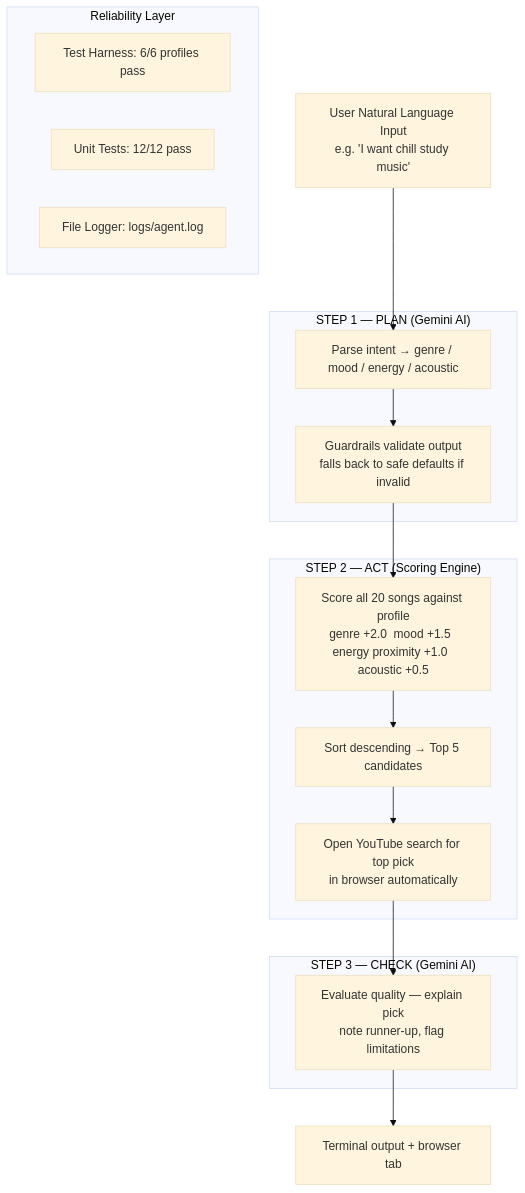
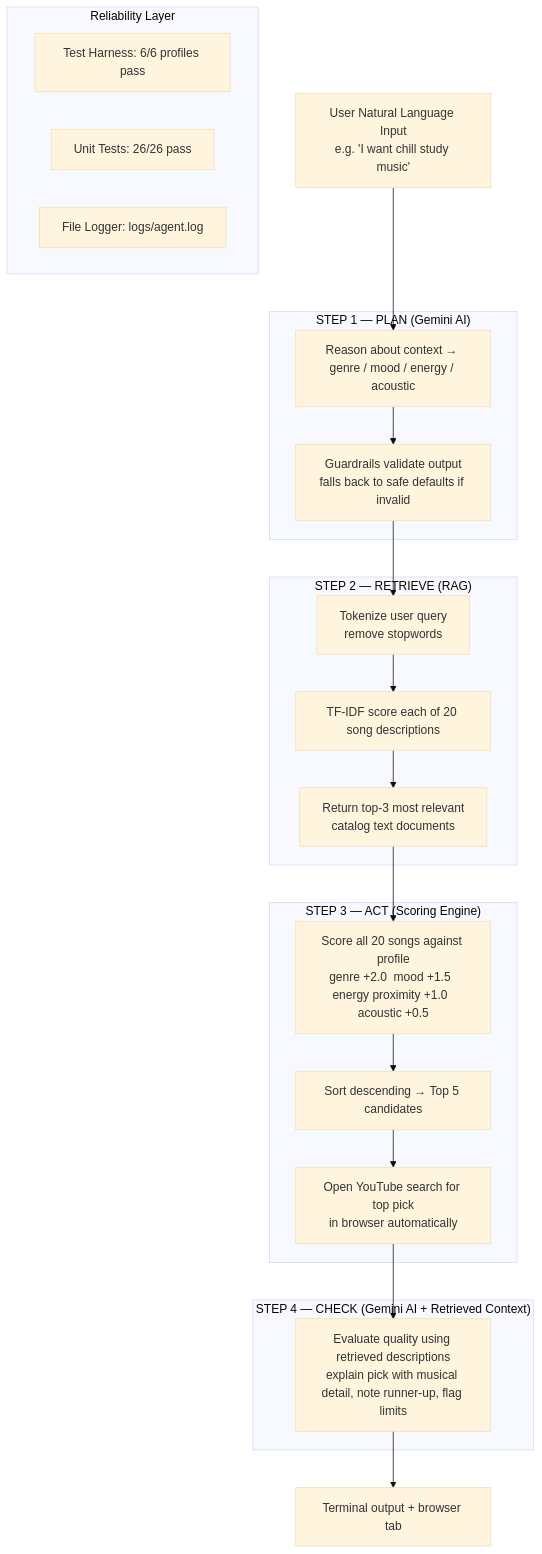
One commit to rhy900/applied-ai-system-project changed the diagram in README.md. Above: the diagram before and after it, drawn with Mermaid (base theme). The commit also changed other lines of this file and 4 other files, not shown here.

````diff
--- a/README.md
+++ b/README.md
@@ -28,29 +29,36 @@
 ```mermaid
 flowchart TD
     A["User Natural Language Input\ne.g. 'I want chill study music'"] --> B
 
     subgraph PLAN ["STEP 1 — PLAN (Gemini AI)"]
-        B["Parse intent → genre / mood / energy / acoustic"] --> C["Guardrails validate output\nfalls back to safe defaults if invalid"]
+        B["Reason about context → genre / mood / energy / acoustic"] --> C["Guardrails validate output\nfalls back to safe defaults if invalid"]
     end
 
     C --> D
 
-    subgraph ACT ["STEP 2 — ACT (Scoring Engine)"]
-        D["Score all 20 songs against profile\ngenre +2.0  mood +1.5  energy proximity +1.0  acoustic +0.5"] --> E["Sort descending → Top 5 candidates"]
-        E --> F["Open YouTube search for top pick\nin browser automatically"]
+    subgraph RETRIEVE ["STEP 2 — RETRIEVE (RAG)"]
+        D["Tokenize user query\nremove stopwords"] --> E["TF-IDF score each of 20 song descriptions"]
+        E --> F["Return top-3 most relevant\ncatalog text documents"]
     end
 
     F --> G
 
-    subgraph CHECK ["STEP 3 — CHECK (Gemini AI)"]
-        G["Evaluate quality — explain pick\nnote runner-up, flag limitations"]
+    subgraph ACT ["STEP 3 — ACT (Scoring Engine)"]
+        G["Score all 20 songs against profile\ngenre +2.0  mood +1.5  energy proximity +1.0  acoustic +0.5"] --> H["Sort descending → Top 5 candidates"]
+        H --> I["Open YouTube search for top pick\nin browser automatically"]
     end
 
-    G --> H["Terminal output + browser tab"]
+    I --> J
+
+    subgraph CHECK ["STEP 4 — CHECK (Gemini AI + Retrieved Context)"]
+        J["Evaluate quality using retrieved descriptions\nexplain pick with musical detail, note runner-up, flag limits"]
+    end
+
+    J --> K["Terminal output + browser tab"]
 
     subgraph RELIABILITY ["Reliability Layer"]
-        I["Test Harness: 6/6 profiles pass"]
-        J["Unit Tests: 12/12 pass"]
-        K["File Logger: logs/agent.log"]
+        L["Test Harness: 6/6 profiles pass"]
+        M["Unit Tests: 26/26 pass"]
+        N["File Logger: logs/agent.log"]
     end
 ```
````
